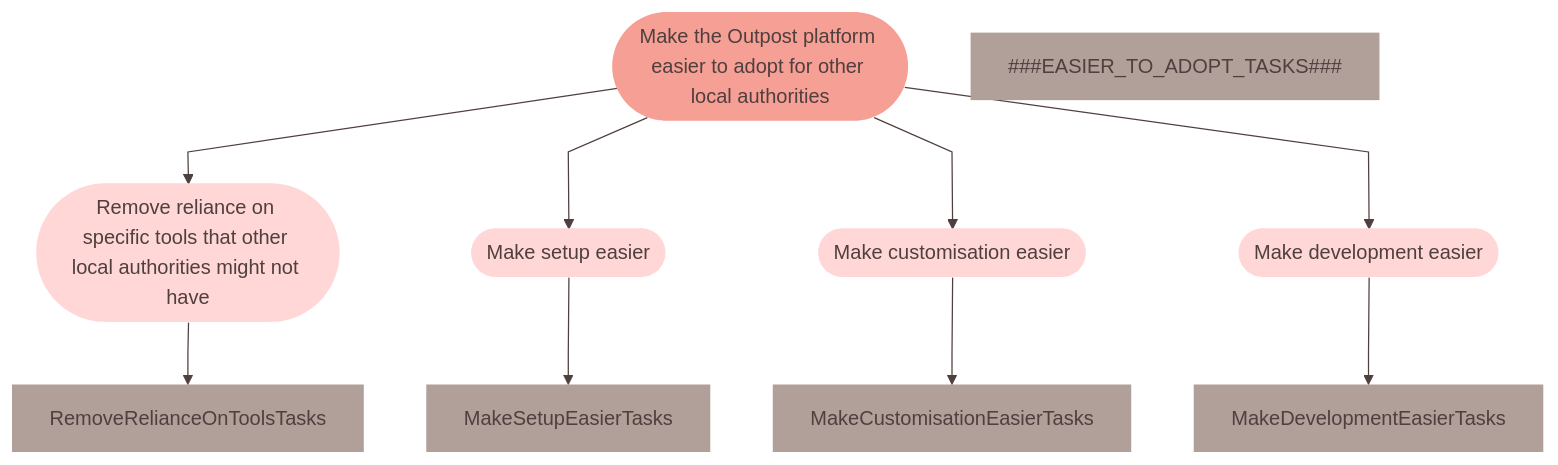
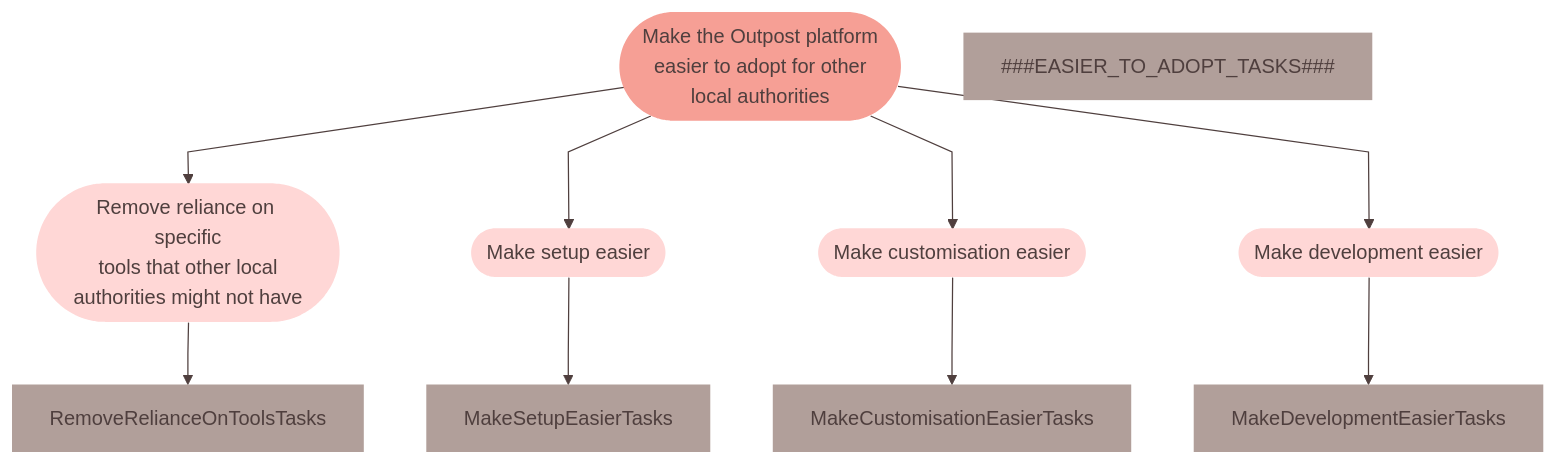
Before and after one commit to wearefuturegov/Outpost-Platform: the first of 5 diagrams in create-roadmap/roadmap-template.md, drawn with Mermaid. The commit also changed other lines of this file and 3 other files, not shown here.

````diff
--- a/create-roadmap/roadmap-template.md
+++ b/create-roadmap/roadmap-template.md
@@ -5,44 +5,44 @@
 ```mermaid
 %%{
 init:
 	{
 	"theme": "base",
 	"themeVariables":
 		{
 	      "primaryColor": "#b19f9a",
 	      "primaryTextColor": "#4f3f3e",
 	      "primaryBorderColor": "none",
 	      "lineColor": "#4f3f3e",
 	      "secondaryColor": "transparent",
 	      "tertiaryColor": "transparent"
 		},
 	"flowchart": {
 	  "curve": "linear"
         }
 	}
 }%%
 flowchart
 
     classDef EasierToAdopt fill:#F69f95,stroke:none
     classDef EasierToAdoptLv2 fill:#ffd7d6,stroke:none
     classDef EasierToAdoptTasks fill:#fff,stroke:#F69f95,color:#8e7158
 
     %% Top level
 
     %% 1 Easier to adopt
-    EasierToAdopt([Make the Outpost platform easier to adopt for other local authorities]):::EasierToAdopt
+    EasierToAdopt([Make the Outpost platform<br />easier to adopt for other<br />local authorities]):::EasierToAdopt
     %% 1.x Easier to adopt - second level
-    RemoveRelianceOnTools([Remove reliance on specific tools that other local authorities might not have]):::EasierToAdoptLv2
+    RemoveRelianceOnTools([Remove reliance on specific<br />tools that other local<br />authorities might not have]):::EasierToAdoptLv2
     MakeSetupEasier([Make setup easier]):::EasierToAdoptLv2
     MakeCustomisationEasier([Make customisation easier]):::EasierToAdoptLv2
     MakeDevelopmentEasier([Make development easier]):::EasierToAdoptLv2
 
     ###EASIER_TO_ADOPT_TASKS###
 
     %% Easier to adopt
         EasierToAdopt --> RemoveRelianceOnTools --> RemoveRelianceOnToolsTasks
         EasierToAdopt --> MakeSetupEasier --> MakeSetupEasierTasks
         EasierToAdopt --> MakeCustomisationEasier --> MakeCustomisationEasierTasks
         EasierToAdopt --> MakeDevelopmentEasier --> MakeDevelopmentEasierTasks
 
 ```
````
